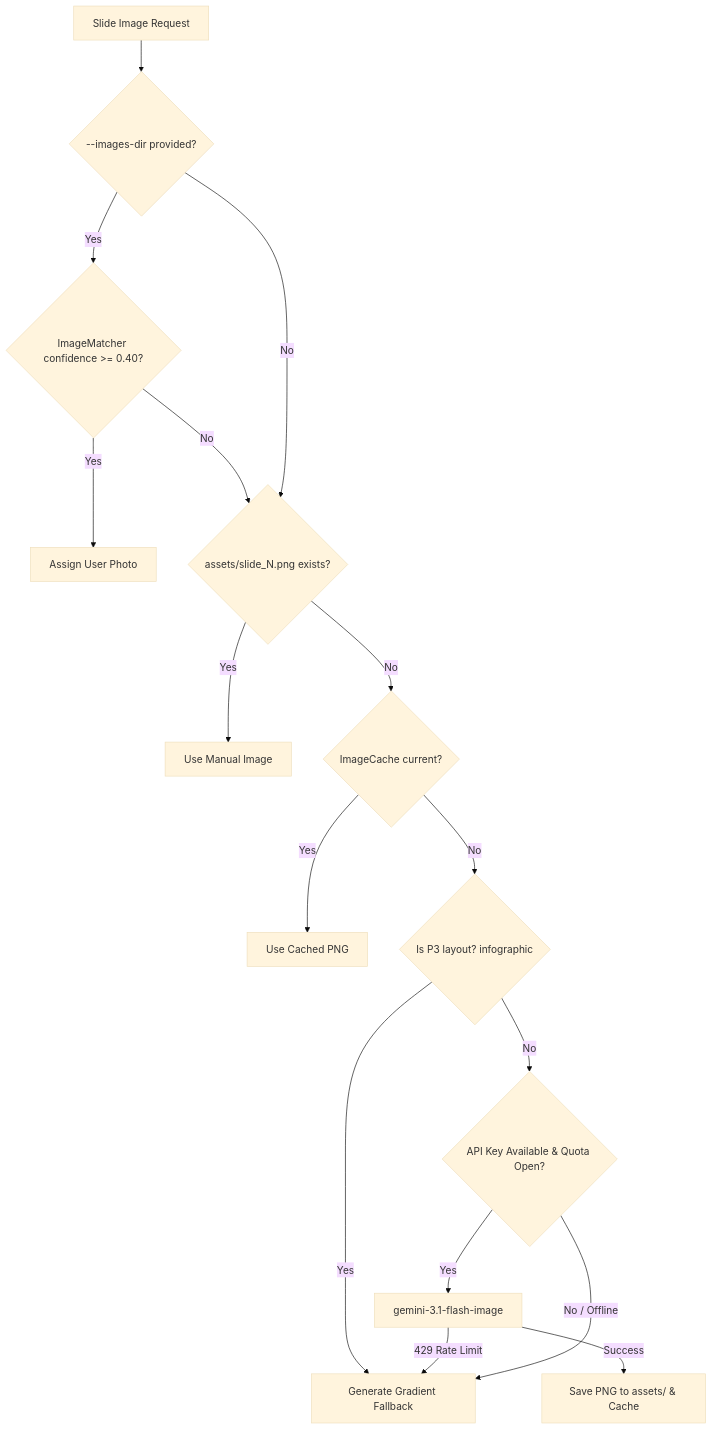
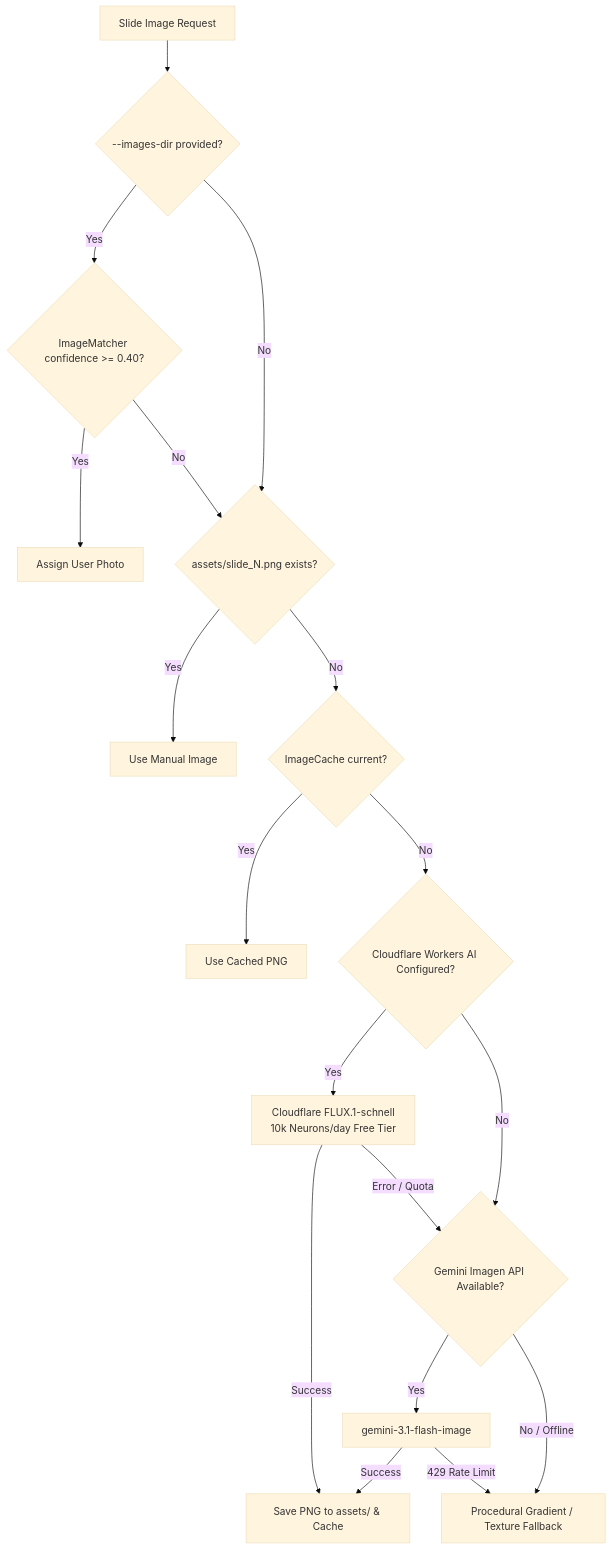
The fourth of 5 diagrams in docs/architecture.md (vedant-asati/ai-ppt-maker), drawn with Mermaid (base theme) before and after one commit. The commit also changed other lines of this file and 5 other files, not shown here.

Commit message:
docs: add AI slop improvement plan, update architecture, future prospects, and README

````diff
--- a/docs/architecture.md
+++ b/docs/architecture.md
@@ -391,23 +392,25 @@
 ```mermaid
 flowchart TD
     Req[Slide Image Request] --> HasDir{--images-dir provided?}
     
     HasDir -->|Yes| Matched{ImageMatcher confidence >= 0.40?}
     Matched -->|Yes| UseUser[Assign User Photo]
     Matched -->|No| CheckManual
     
     HasDir -->|No| CheckManual{assets/slide_N.png exists?}
     CheckManual -->|Yes| UseManual[Use Manual Image]
     CheckManual -->|No| CheckCache{ImageCache current?}
     
     CheckCache -->|Yes| UseCache[Use Cached PNG]
-    CheckCache -->|No| P3Check{Is P3 layout? infographic}
+    CheckCache -->|No| HasCF{Cloudflare Workers AI Configured?}
     
-    P3Check -->|Yes| Grad[Generate Gradient Fallback]
-    P3Check -->|No| HasQuota{API Key Available & Quota Open?}
+    HasCF -->|Yes| GenCF[Cloudflare FLUX.1-schnell<br>10k Neurons/day Free Tier]
+    GenCF -->|Success| SaveImg[Save PNG to assets/ & Cache]
+    GenCF -->|Error / Quota| HasGemini
     
-    HasQuota -->|Yes| GenAPI[gemini-3.1-flash-image]
-    GenAPI -->|Success| SaveImg[Save PNG to assets/ & Cache]
+    HasCF -->|No| HasGemini{Gemini Imagen API Available?}
+    HasGemini -->|Yes| GenAPI[gemini-3.1-flash-image]
+    GenAPI -->|Success| SaveImg
     GenAPI -->|429 Rate Limit| Grad
-    HasQuota -->|No / Offline| Grad
+    HasGemini -->|No / Offline| Grad[Procedural Gradient / Texture Fallback]
 ```
````
